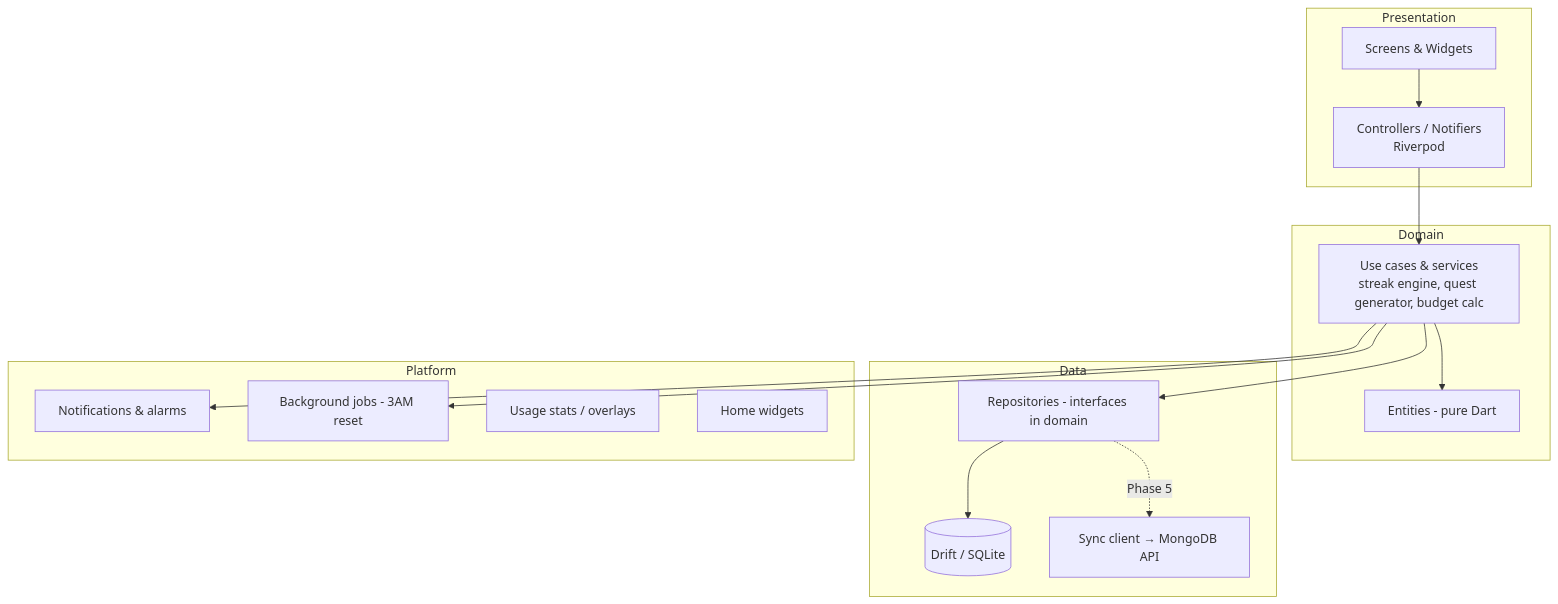
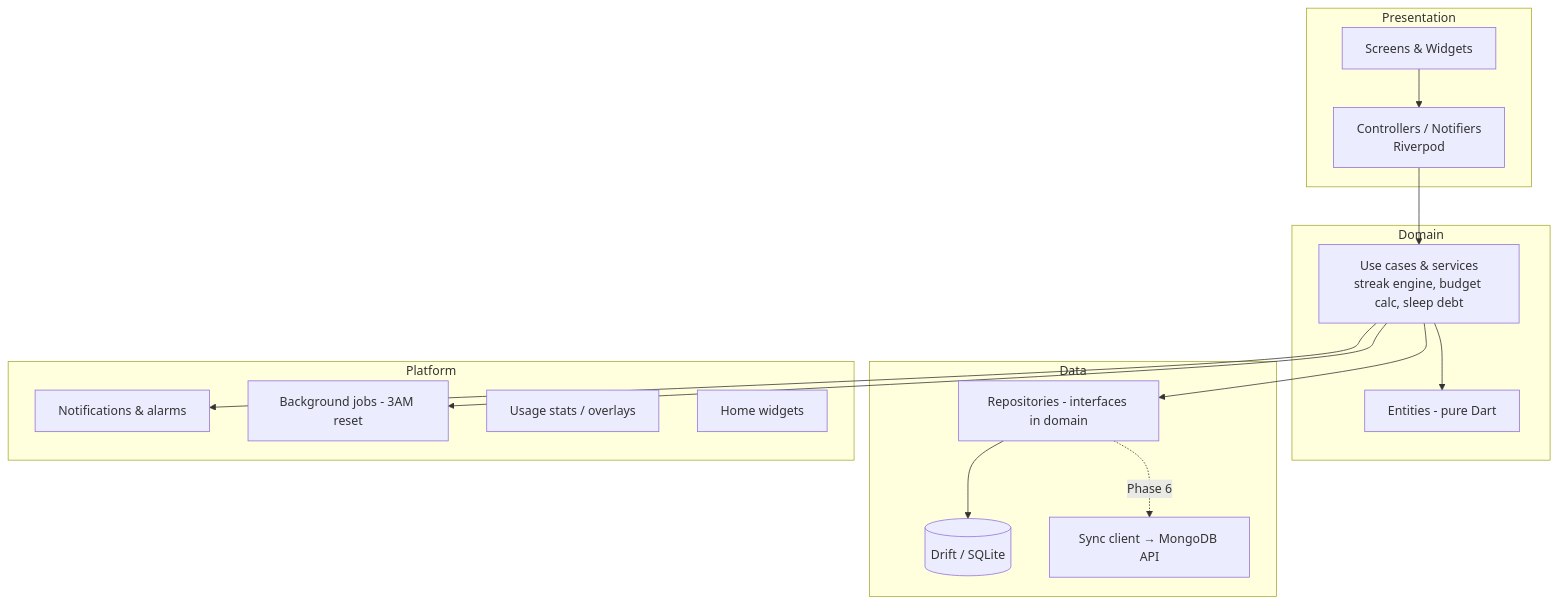
The first of 2 diagrams in docs/02-Architecture/Architecture-Overview.md (ABakdi/Harvest), drawn with Mermaid before and after one commit. The commit also changed other lines of this file and 20 other files, not shown here.

````diff
--- a/docs/02-Architecture/Architecture-Overview.md
+++ b/docs/02-Architecture/Architecture-Overview.md
@@ -7,22 +7,22 @@
 ```mermaid
 flowchart TD
     subgraph Presentation
         UI[Screens & Widgets] --> C[Controllers / Notifiers<br/>Riverpod]
     end
     subgraph Domain
-        C --> UC[Use cases & services<br/>streak engine, quest generator, budget calc]
+        C --> UC[Use cases & services<br/>streak engine, budget calc, sleep debt]
         UC --> M[Entities - pure Dart]
     end
     subgraph Data
         UC --> R[Repositories - interfaces in domain]
         R --> DB[(Drift / SQLite)]
-        R -.Phase 5.-> SY[Sync client → MongoDB API]
+        R -.Phase 6.-> SY[Sync client → MongoDB API]
     end
     subgraph Platform
         P1[Notifications & alarms]
         P2[Background jobs - 3AM reset]
         P3[Usage stats / overlays]
         P4[Home widgets]
     end
     UC --> P1 & P2
 ```
````
